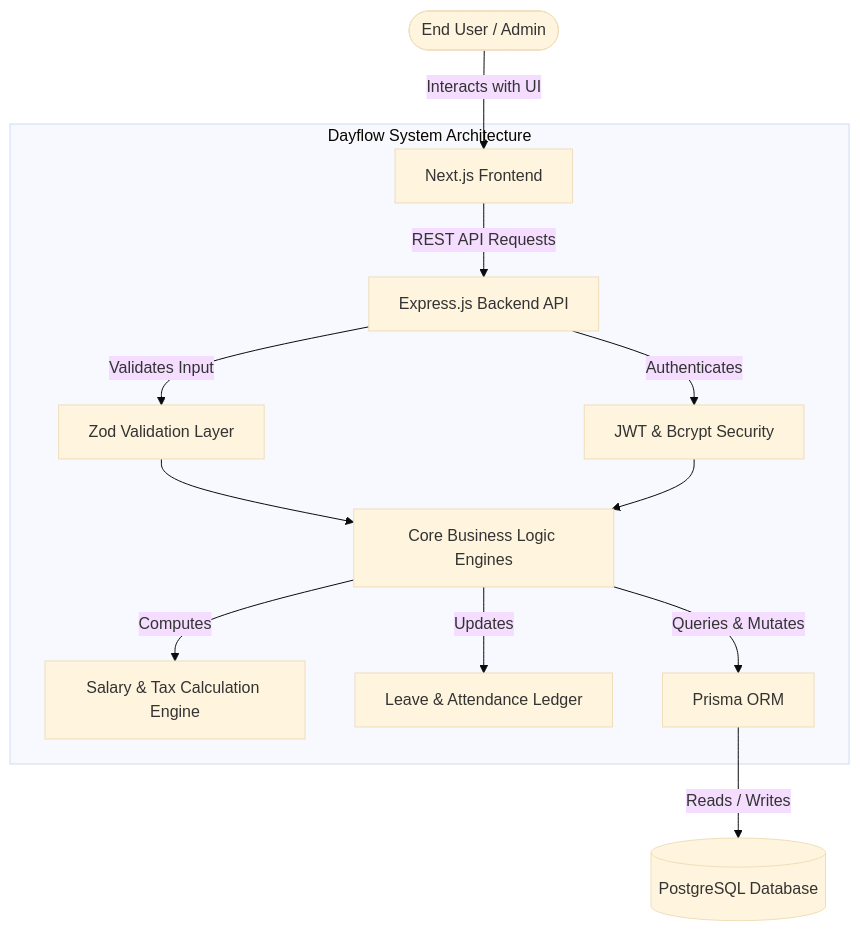
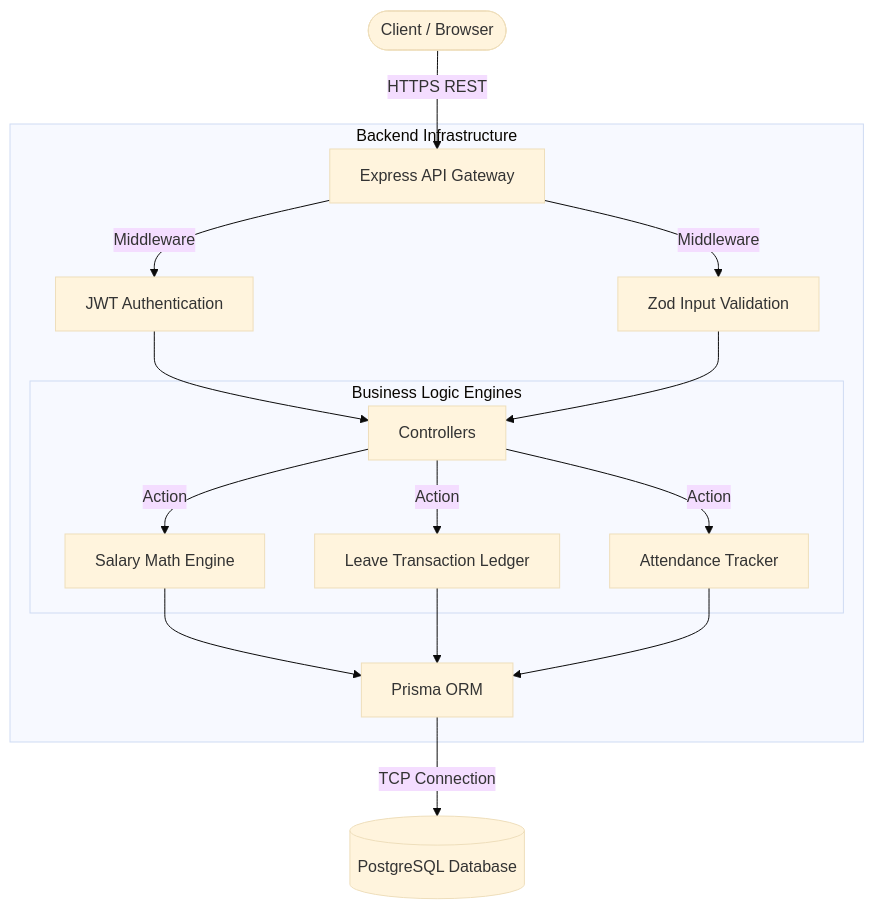
The diagram in README.md (praju455/odoo-hackathon---Dayflow), drawn with Mermaid (base theme) before and after one commit. The commit also changed other lines of this file, not shown here.

````diff
--- a/README.md
+++ b/README.md
@@ -51,21 +42,24 @@
 ```mermaid
 graph TD
-    User([End User / Admin]) -->|Interacts with UI| UI[Next.js Frontend]
+    Client([Client / Browser]) -->|HTTPS REST| API[Express API Gateway]
     
-    subgraph Dayflow System Architecture
-        UI -->|REST API Requests| API[Express.js Backend API]
+    subgraph Backend Infrastructure
+        API -->|Middleware| Auth[JWT Authentication]
+        API -->|Middleware| Validator[Zod Input Validation]
         
-        API -->|Validates Input| Zod[Zod Validation Layer]
-        API -->|Authenticates| Auth[JWT & Bcrypt Security]
+        Auth --> Controllers
+        Validator --> Controllers
         
-        Zod --> Core[Core Business Logic Engines]
-        Auth --> Core
+        subgraph Business Logic Engines
+            Controllers -->|Action| SalaryEngine[Salary Math Engine]
+            Controllers -->|Action| LeaveLedger[Leave Transaction Ledger]
+            Controllers -->|Action| AttendanceTracker[Attendance Tracker]
+        end
         
-        Core -->|Computes| Salary[Salary & Tax Calculation Engine]
-        Core -->|Updates| Leave[Leave & Attendance Ledger]
-        
-        Core -->|Queries & Mutates| Prisma[Prisma ORM]
+        SalaryEngine --> ORM[Prisma ORM]
+        LeaveLedger --> ORM
+        AttendanceTracker --> ORM
     end
     
-    Prisma -->|Reads / Writes| DB[(PostgreSQL Database)]
+    ORM -->|TCP Connection| DB[(PostgreSQL Database)]
 ```
````
